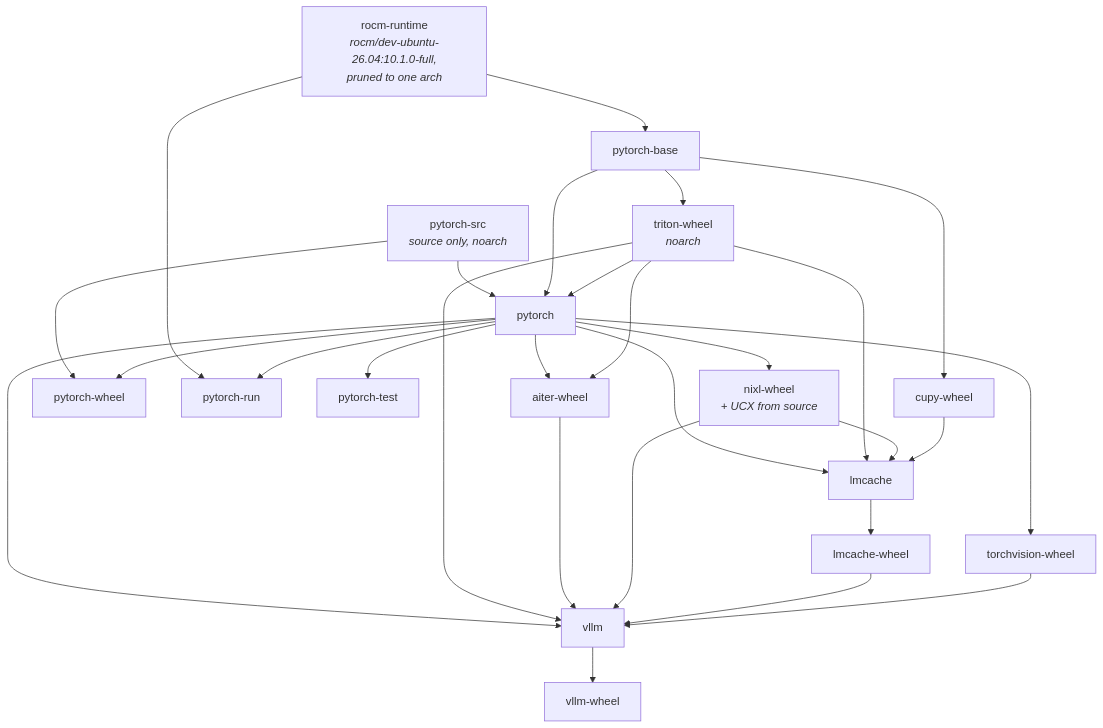
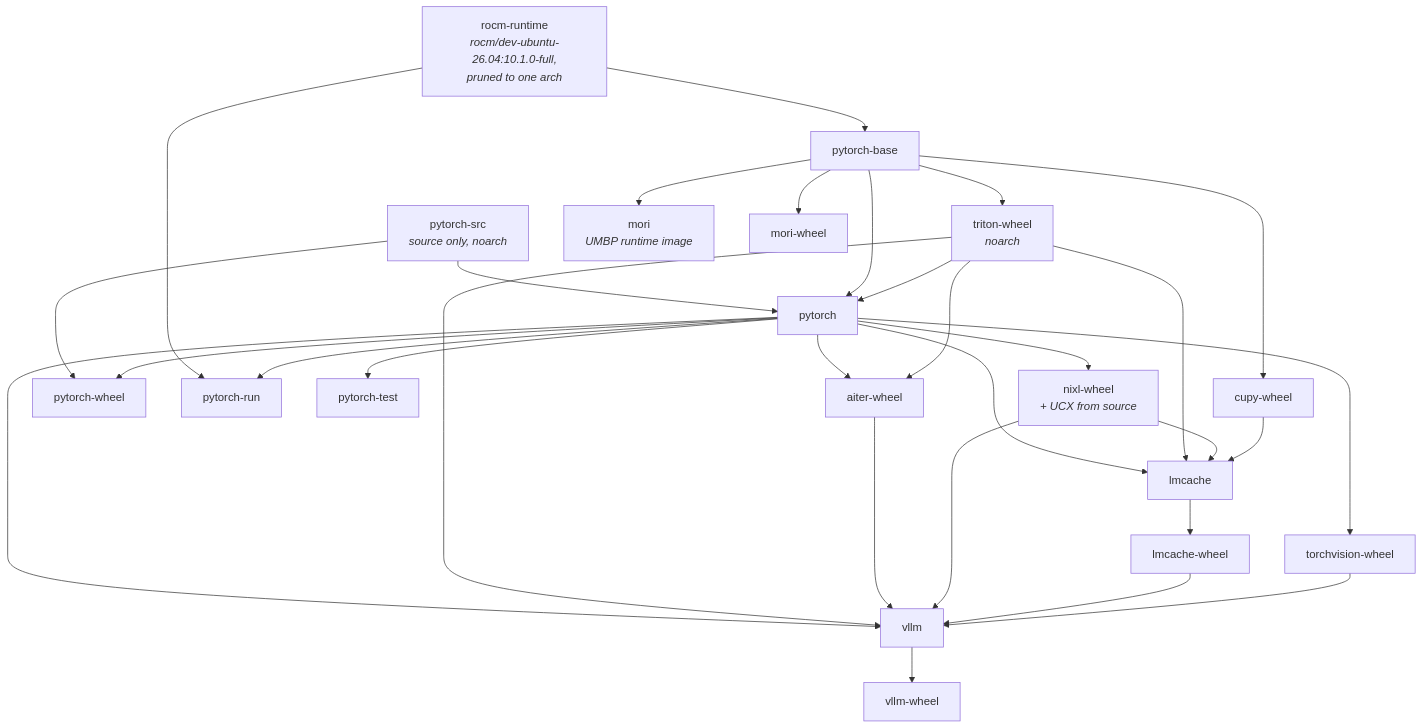
The diagram in docs/architecture/build-graph.md (sbates130272/rocm-bake), drawn with Mermaid before and after one commit. The commit also changed other lines of this file and 23 other files, not shown here.

First line of the commit message:
feat(mori): build amd_mori as a wheel and a UMBP service image

````diff
--- a/docs/architecture/build-graph.md
+++ b/docs/architecture/build-graph.md
@@ -7,47 +7,51 @@
 ```mermaid
 flowchart TD
     rocm["rocm-runtime<br/><i>rocm/dev-ubuntu-26.04:10.1.0-full,<br/>pruned to one arch</i>"]
     base["pytorch-base"]
     src["pytorch-src<br/><i>source only, noarch</i>"]
     triton["triton-wheel<br/><i>noarch</i>"]
     cupy["cupy-wheel"]
     pt["pytorch"]
     ptw["pytorch-wheel"]
     run["pytorch-run"]
     test["pytorch-test"]
     aiter["aiter-wheel"]
     tv["torchvision-wheel"]
     nixl["nixl-wheel<br/><i>+ UCX from source</i>"]
     lmc["lmcache"]
     lmcw["lmcache-wheel"]
     vllm["vllm"]
     vllmw["vllm-wheel"]
+    mori["mori<br/><i>UMBP runtime image</i>"]
+    moriw["mori-wheel"]
 
     rocm --> base
     src --> pt
     src --> ptw
     rocm --> run
     base --> triton
     base --> cupy
     base --> pt
     triton --> pt
     pt --> ptw
     pt --> run
     pt --> test
     pt --> aiter
     triton --> aiter
     pt --> tv
     pt --> nixl
     pt --> lmc
     triton --> lmc
     nixl --> lmc
     cupy --> lmc
     lmc --> lmcw
     pt --> vllm
     triton --> vllm
     aiter --> vllm
     nixl --> vllm
     lmcw --> vllm
     tv --> vllm
     vllm --> vllmw
+    base --> mori
+    base --> moriw
 ```
````
